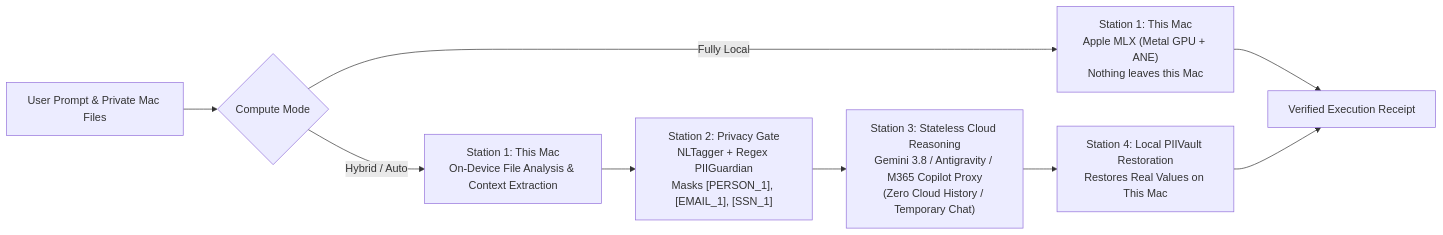
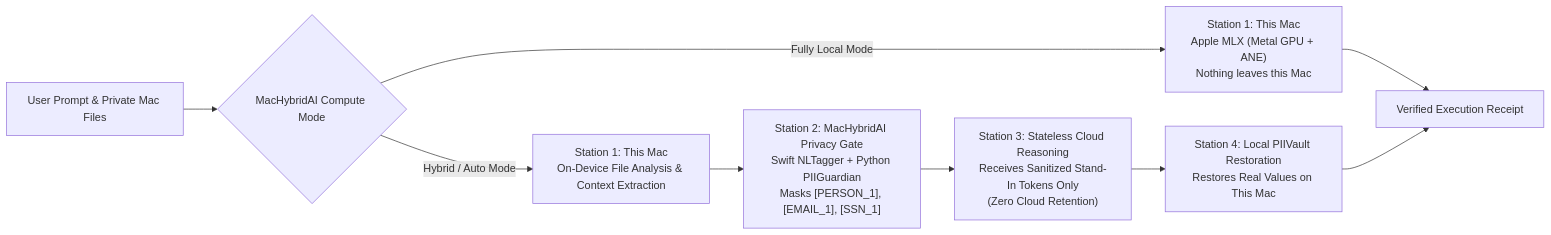
Before and after one commit to mzia/MacHybridAI: the diagram in wiki/Home.md, drawn with Mermaid. The commit also changed other lines of this file and 3 other files, not shown here.

Commit message:
docs(wiki): center main sections & man(1) reference on MacHybridAI

````diff
--- a/wiki/Home.md
+++ b/wiki/Home.md
@@ -35,12 +26,12 @@
 ```mermaid
 flowchart LR
-    User["User Prompt & Private Mac Files"] --> Mode{"Compute Mode"}
-    Mode -- "Fully Local" --> Station1Local["Station 1: This Mac\nApple MLX (Metal GPU + ANE)\nNothing leaves this Mac"]
+    User["User Prompt & Private Mac Files"] --> Mode{"MacHybridAI Compute Mode"}
+    Mode -- "Fully Local Mode" --> Station1Local["Station 1: This Mac\nApple MLX (Metal GPU + ANE)\nNothing leaves this Mac"]
     Station1Local --> Receipt["Verified Execution Receipt"]
 
-    Mode -- "Hybrid / Auto" --> Station1["Station 1: This Mac\nOn-Device File Analysis & Context Extraction"]
-    Station1 --> Station2["Station 2: Privacy Gate\nNLTagger + Regex PIIGuardian\nMasks [PERSON_1], [EMAIL_1], [SSN_1]"]
-    Station2 --> Station3["Station 3: Stateless Cloud Reasoning\nGemini 3.8 / Antigravity / M365 Copilot Proxy\n(Zero Cloud History / Temporary Chat)"]
+    Mode -- "Hybrid / Auto Mode" --> Station1["Station 1: This Mac\nOn-Device File Analysis & Context Extraction"]
+    Station1 --> Station2["Station 2: MacHybridAI Privacy Gate\nSwift NLTagger + Python PIIGuardian\nMasks [PERSON_1], [EMAIL_1], [SSN_1]"]
+    Station2 --> Station3["Station 3: Stateless Cloud Reasoning\nReceives Sanitized Stand-In Tokens Only\n(Zero Cloud Retention)"]
     Station3 --> Station4["Station 4: Local PIIVault Restoration\nRestores Real Values on This Mac"]
     Station4 --> Receipt
 ```
````
